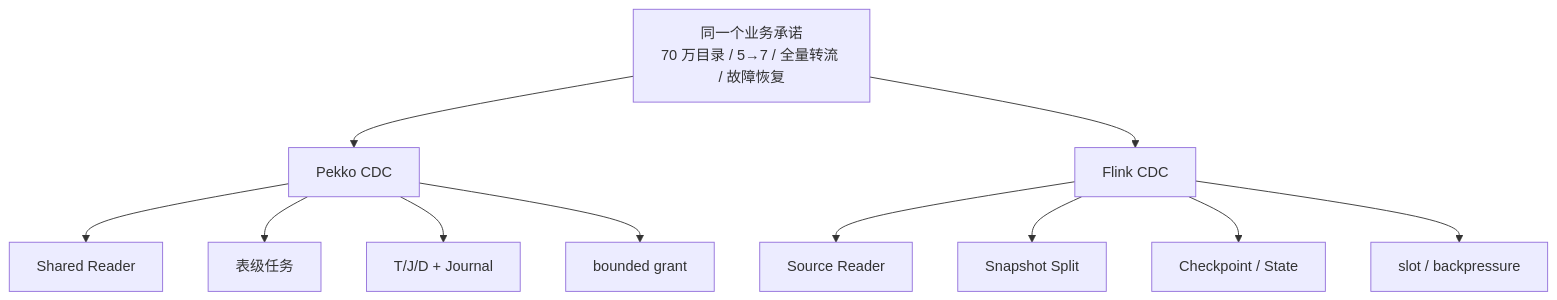
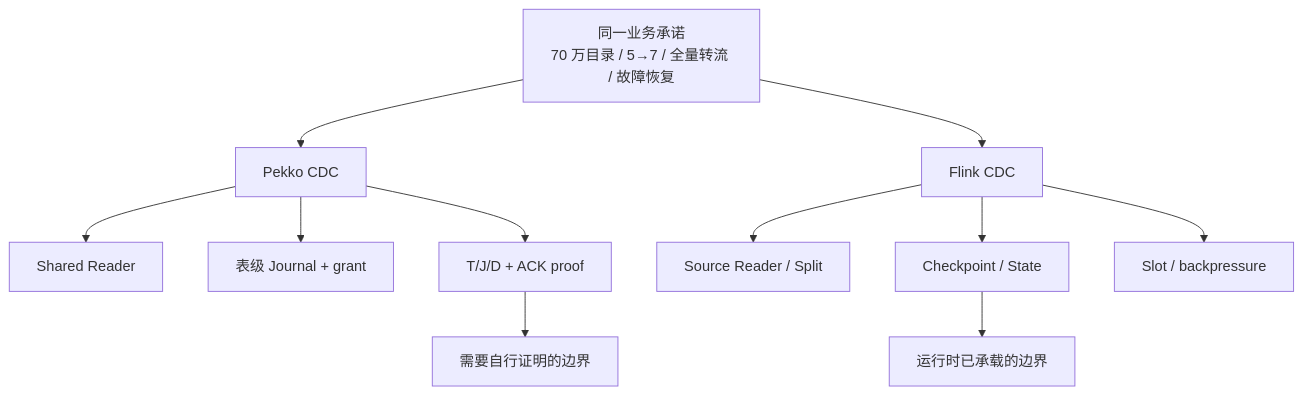
The diagram in _posts/pekko/2026-10-18-pekko-cdc-5-flink-comparison.md (Xuxiaotuan/Xuxiaotuan.github.io), drawn with Mermaid before and after one commit. The commit also changed other lines of this file and 11 other files, not shown here.

Commit message:
docs(pekko-cdc): rewrite series as source-driven articles

````diff
--- a/_posts/pekko/2026-10-18-pekko-cdc-5-flink-comparison.md
+++ b/_posts/pekko/2026-10-18-pekko-cdc-5-flink-comparison.md
@@ -37,14 +45,13 @@
 ```mermaid
 flowchart TB
-    Requirement["同一个业务承诺<br/>70 万目录 / 5→7 / 全量转流 / 故障恢复"]
-    Requirement --> Pekko["Pekko CDC"]
-    Requirement --> Flink["Flink CDC"]
-    Pekko --> P1["Shared Reader"]
-    Pekko --> P2["表级任务"]
-    Pekko --> P3["T/J/D + Journal"]
-    Pekko --> P4["bounded grant"]
-    Flink --> F1["Source Reader"]
-    Flink --> F2["Snapshot Split"]
-    Flink --> F3["Checkpoint / State"]
-    Flink --> F4["slot / backpressure"]
+    Case["同一业务承诺<br/>70 万目录 / 5→7 / 全量转流 / 故障恢复"] --> P["Pekko CDC"]
+    Case --> F["Flink CDC"]
+    P --> P1["Shared Reader"]
+    P --> P2["表级 Journal + grant"]
+    P --> P3["T/J/D + ACK proof"]
+    F --> F1["Source Reader / Split"]
+    F --> F2["Checkpoint / State"]
+    F --> F3["Slot / backpressure"]
+    P3 --> Q["需要自行证明的边界"]
+    F2 --> Q2["运行时已承载的边界"]
 ```
````
